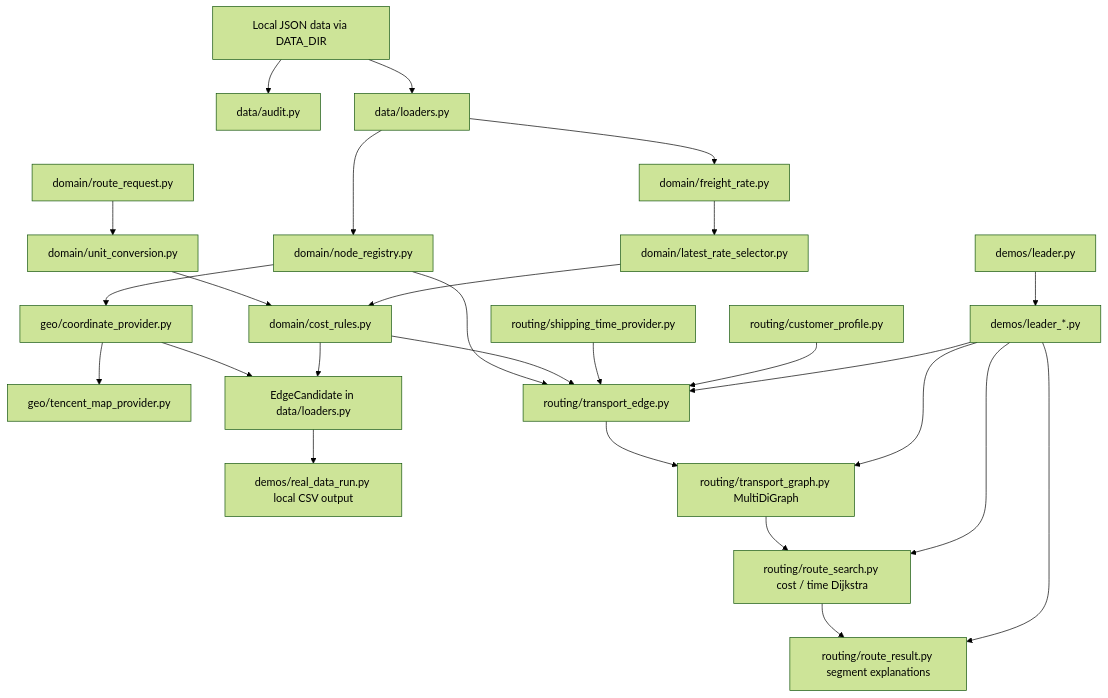
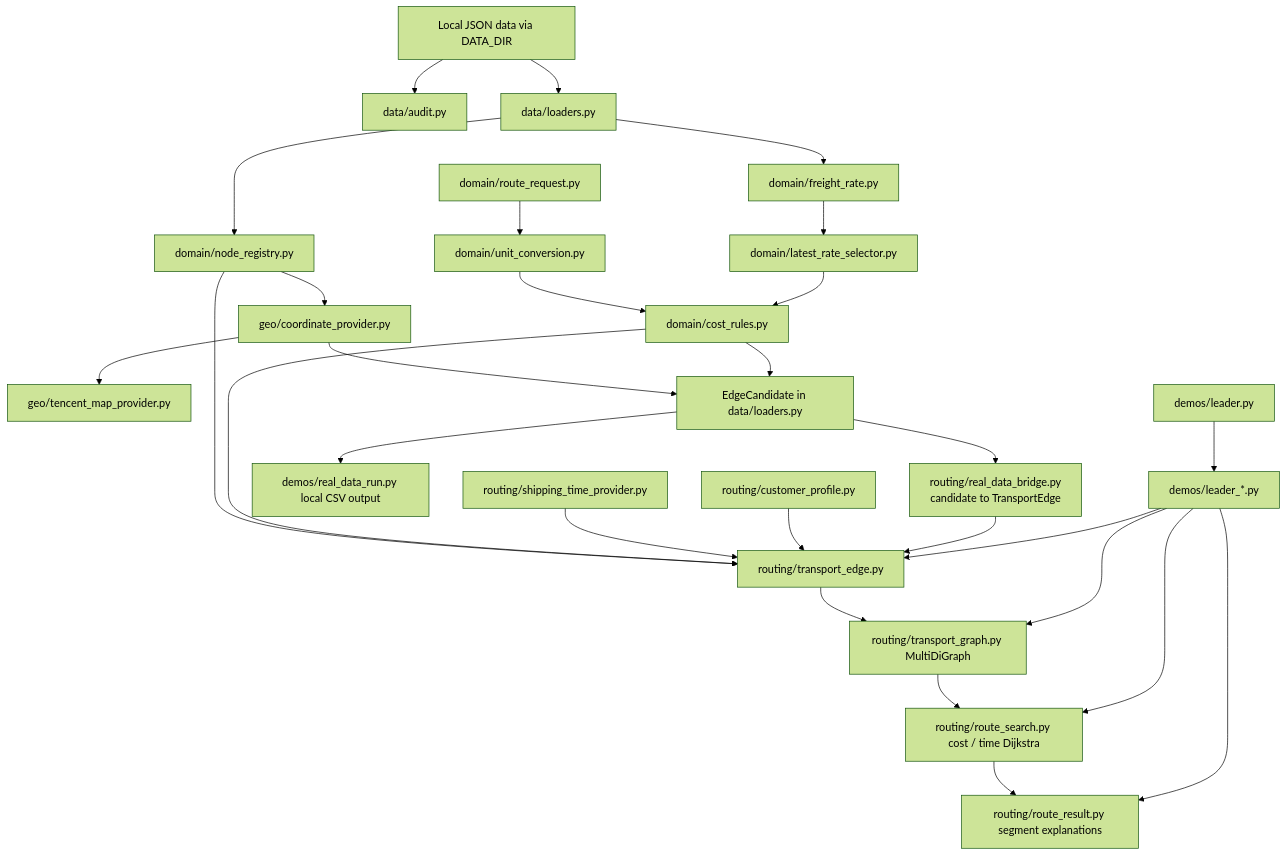
Before and after one commit to yumenou92-netizen/From-Port-to-Factory-A-Project-on-Transport-Route-Inference-Based-on-an-Open-Mapping-Platform: the first of 2 diagrams in docs/ARCHITECTURE.md, drawn with Mermaid (forest theme). The commit also changed other lines of this file and 10 other files, not shown here.

First line of the commit message:
feat(routing): bridge real candidates into formal search

````diff
--- a/docs/ARCHITECTURE.md
+++ b/docs/ARCHITECTURE.md
@@ -9,35 +9,37 @@
 ```mermaid
 flowchart TD
     A["Local JSON data via DATA_DIR"] --> B["data/audit.py"]
     A --> C["data/loaders.py"]
 
     C --> D["domain/node_registry.py"]
     D --> D2["geo/coordinate_provider.py"]
     D2 --> D3["geo/tencent_map_provider.py"]
     C --> E["domain/freight_rate.py"]
     E --> E2["domain/latest_rate_selector.py"]
 
     F["domain/route_request.py"] --> G["domain/unit_conversion.py"]
     G --> H["domain/cost_rules.py"]
     E2 --> H
     T["routing/shipping_time_provider.py"]
     P["routing/customer_profile.py"]
 
     D2 --> I["EdgeCandidate in data/loaders.py"]
     H --> I
     I --> O["demos/real_data_run.py local CSV output"]
+    I --> R["routing/real_data_bridge.py<br/>candidate to TransportEdge"]
 
     D --> U["routing/transport_edge.py"]
     H --> U
     T --> U
     P --> U
+    R --> U
     U --> V["routing/transport_graph.py MultiDiGraph"]
     V --> W["routing/route_search.py cost / time Dijkstra"]
     W --> X["routing/route_result.py segment explanations"]
 
     M["demos/leader.py"] --> N["demos/leader_*.py"]
     N --> U
     N --> V
     N --> W
     N --> X
 ```
````
